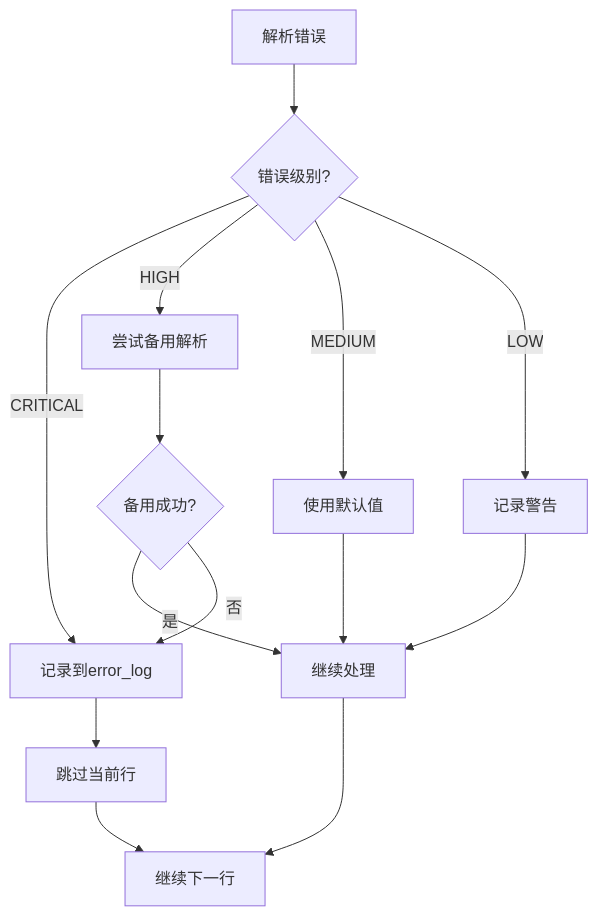
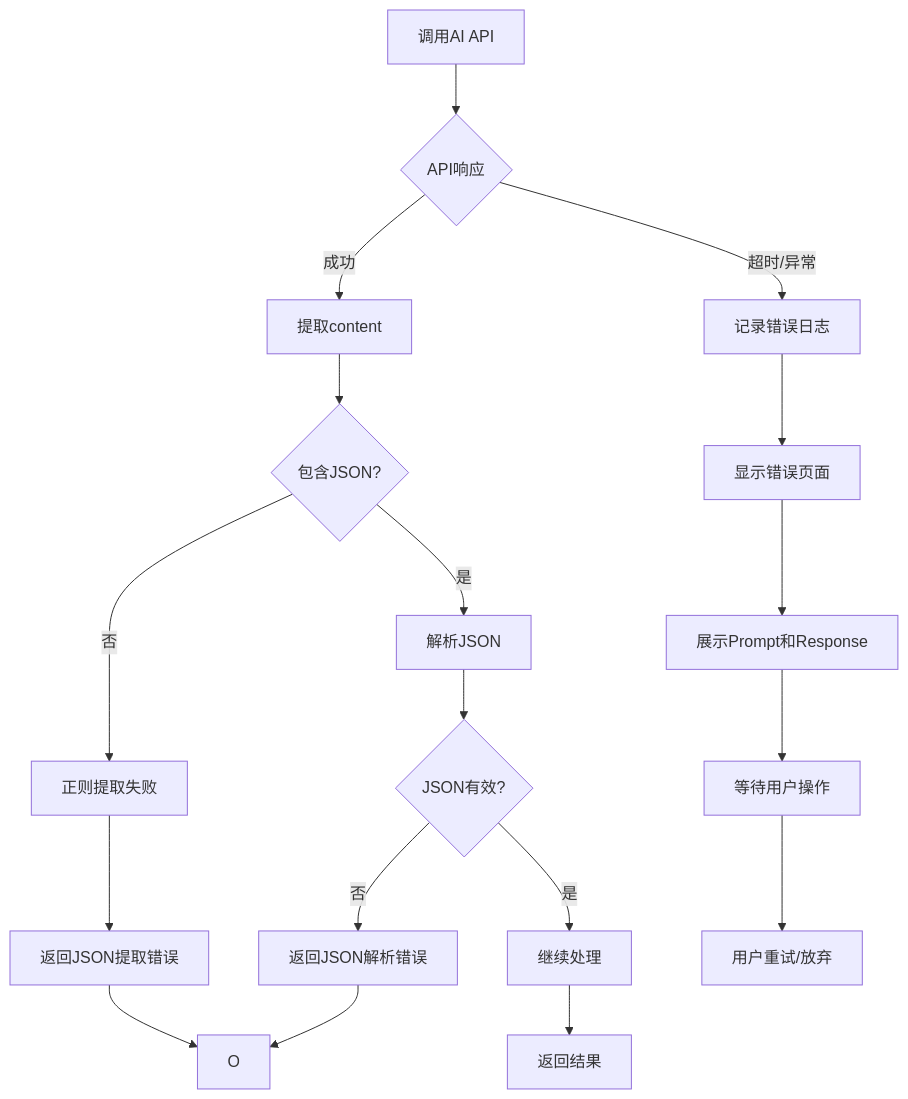
One commit to liushuo-rance/cal_worktree_test changed the fourth of 4 diagrams in docs/03-data-parsing-strategy.md. Above: the diagram before and after it, drawn with Mermaid. The commit also changed other lines of this file and 71 other files, not shown here.

````diff
--- a/docs/03-data-parsing-strategy.md
+++ b/docs/03-data-parsing-strategy.md
@@ -506,19 +337,24 @@
 ```mermaid
 flowchart TD
-    A[解析错误] --> B{错误级别?}
+    A[调用AI API] --> B{API响应}
 
-    B -->|CRITICAL| C[记录到error_log]
-    B -->|HIGH| D[尝试备用解析]
-    B -->|MEDIUM| E[使用默认值]
-    B -->|LOW| F[记录警告]
+    B -->|超时/异常| C[记录错误日志]
+    C --> D[显示错误页面]
+    D --> E[展示Prompt和Response]
+    E --> F[等待用户操作]
 
-    C --> G[跳过当前行]
-    D --> H{备用成功?}
-    H -->|是| I[继续处理]
-    H -->|否| C
-    E --> I
-    F --> I
+    B -->|成功| G[提取content]
+    G --> H{包含JSON?}
+    H -->|否| I[正则提取失败]
+    I --> J[返回JSON提取错误]
 
-    I --> J[继续下一行]
-    G --> J
+    H -->|是| K[解析JSON]
+    K --> L{JSON有效?}
+    L -->|否| M[返回JSON解析错误]
+    L -->|是| N[继续处理]
+
+    J --> O
+    M --> O
+    N --> P[返回结果]
+    F --> Q[用户重试/放弃]
 ```
````
